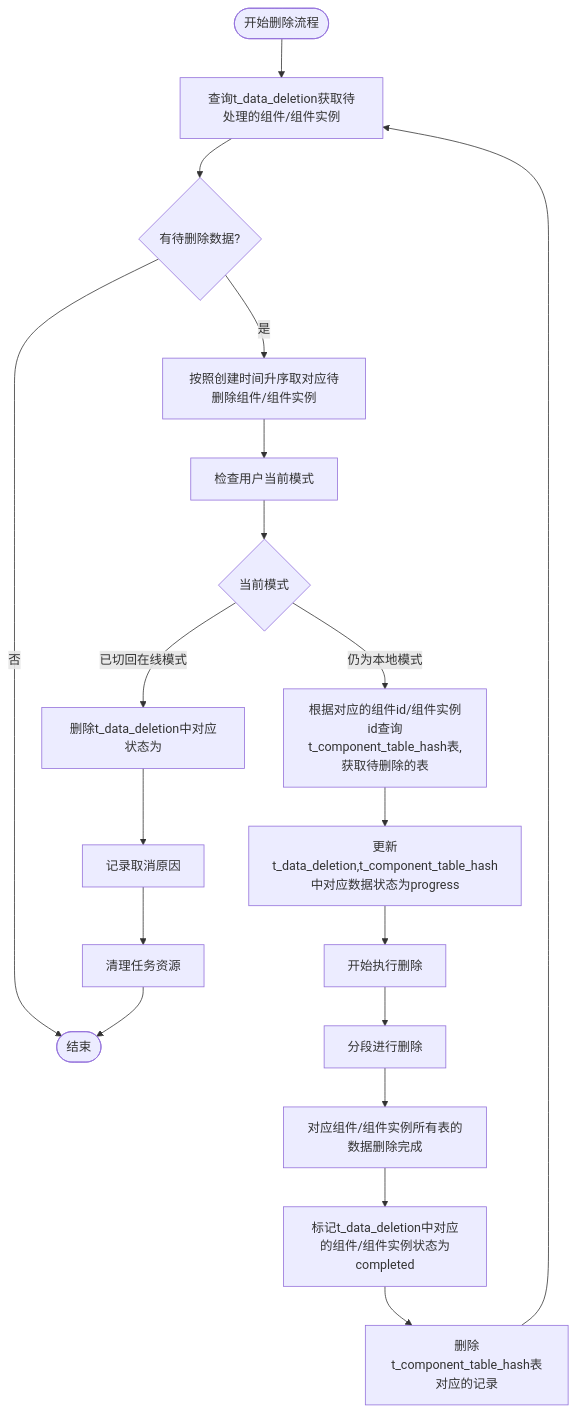
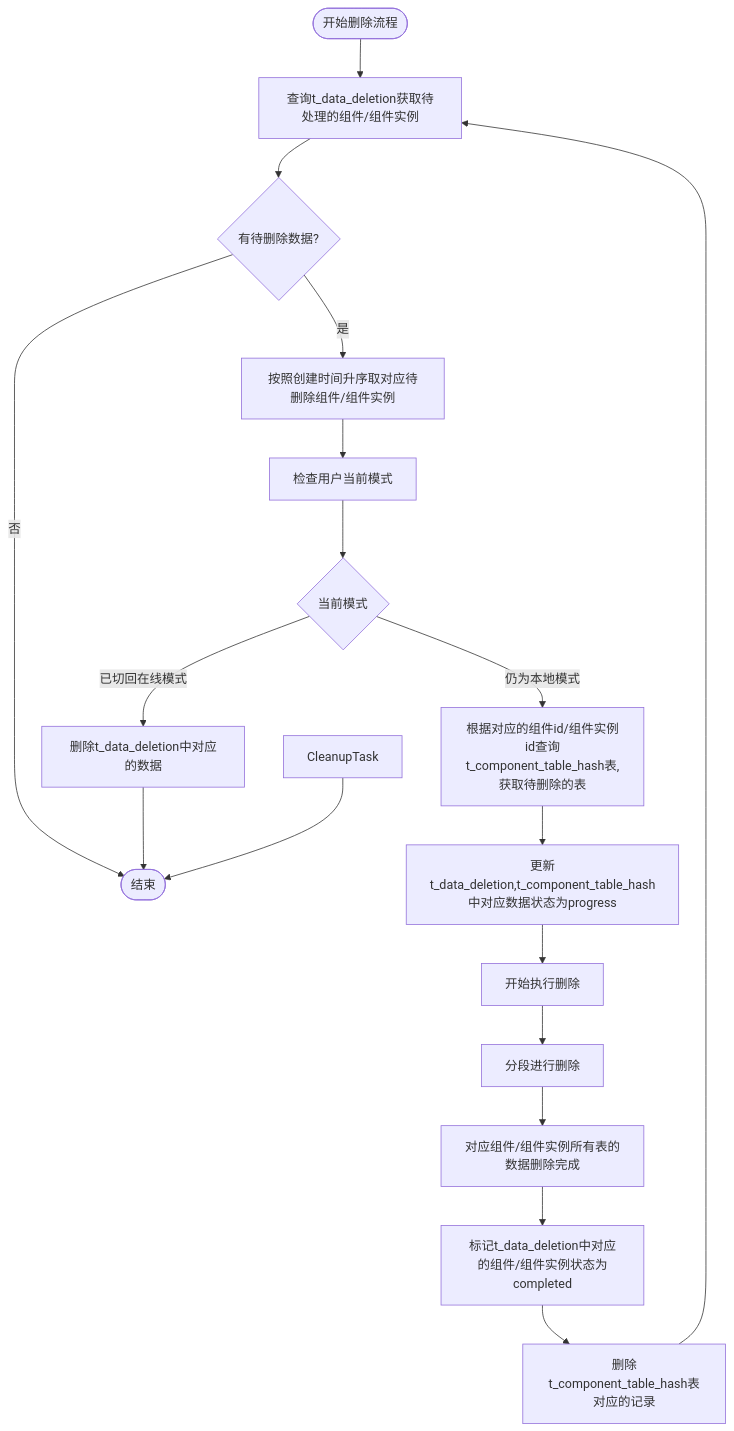
Before and after one commit to yingjianzh/iodraw-files: the diagram in all/未命名-51.md, drawn with Mermaid.

Commit message:
2025-05-08 15:52:38 update

````diff
--- a/all/未命名-51.md
+++ b/all/未命名-51.md
@@ -1,30 +1,29 @@
 ```mermaid
 flowchart TD
     Start([开始删除流程]) --> FetchTasks[查询t_data_deletion获取待处理的组件/组件实例]
     FetchTasks --> HasTasks{有待删除数据?}
     
     HasTasks -->|否| End([结束])
     HasTasks -->|是| PrioritizeTasks[按照创建时间升序取对应待删除组件/组件实例]
     
     PrioritizeTasks --> CheckUserMode[检查用户当前模式]
     
     CheckUserMode --> CurrentMode{当前模式}
-    CurrentMode -->|已切回在线模式| TaskCancel[删除t_data_deletion中对应状态为]
+    CurrentMode -->|已切回在线模式| TaskCancel[删除t_data_deletion中对应的数据]
     CurrentMode -->|仍为本地模式| LockTask[根据对应的组件id/组件实例id查询t_component_table_hash表,获取待删除的表]
     
     LockTask --> UpdateStatus[更新t_data_deletion,t_component_table_hash中对应数据状态为progress]
     UpdateStatus --> BeginDeletion[开始执行删除]
     
     BeginDeletion --> A[分段进行删除]
     
     A --> B[对应组件/组件实例所有表的数据删除完成]
     B --> MarkCompleted[标记t_data_deletion中对应的组件/组件实例状态为completed]
     
     MarkCompleted --> MarkHash[删除t_component_table_hash表对应的记录]
     
-    TaskCancel --> LogCancellation[记录取消原因]
-    LogCancellation --> CleanupTask[清理任务资源]
+    TaskCancel --> End
     
     MarkHash --> FetchTasks
     CleanupTask --> End
 ```
````
